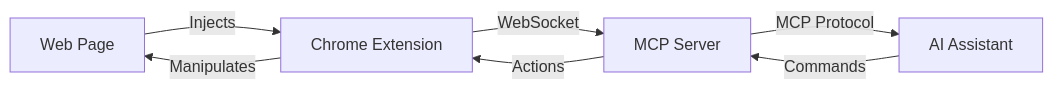
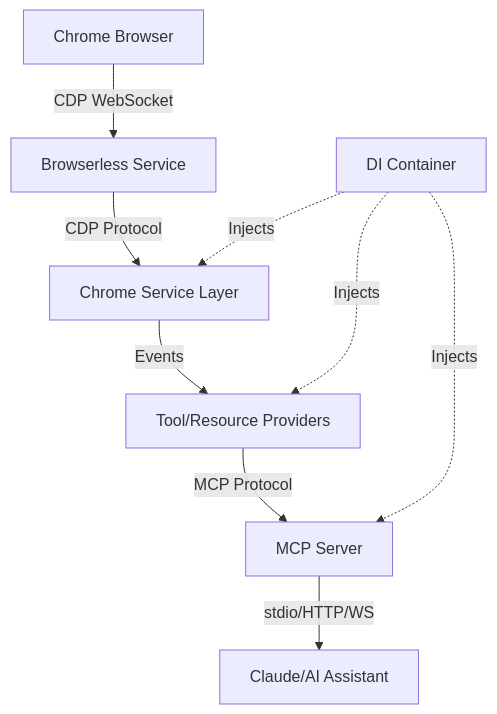
One commit to drzln/curupira changed the diagram in README.md. Above: the diagram before and after it, drawn with Mermaid. The commit also changed other lines of this file and 2 other files, not shown here.

````diff
--- a/README.md
+++ b/README.md
@@ -72,9 +102,12 @@
 ```mermaid
-graph LR
-    A[Web Page] -->|Injects| B[Chrome Extension]
-    B -->|WebSocket| C[MCP Server]
-    C -->|MCP Protocol| D[AI Assistant]
-    D -->|Commands| C
-    C -->|Actions| B
-    B -->|Manipulates| A
+graph TD
+    A[Chrome Browser] -->|CDP WebSocket| B[Browserless Service]
+    B -->|CDP Protocol| C[Chrome Service Layer]
+    C -->|Events| D[Tool/Resource Providers]
+    D -->|MCP Protocol| E[MCP Server]
+    E -->|stdio/HTTP/WS| F[Claude/AI Assistant]
+    
+    G[DI Container] -.->|Injects| C
+    G -.->|Injects| D
+    G -.->|Injects| E
 ```
````
